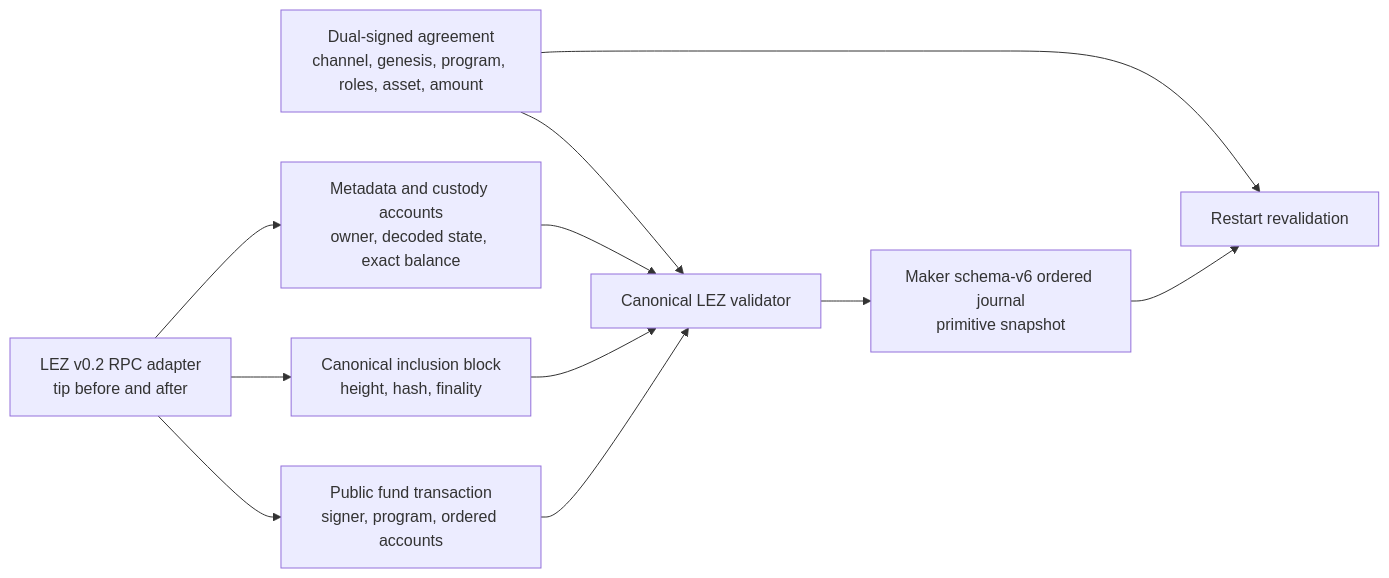
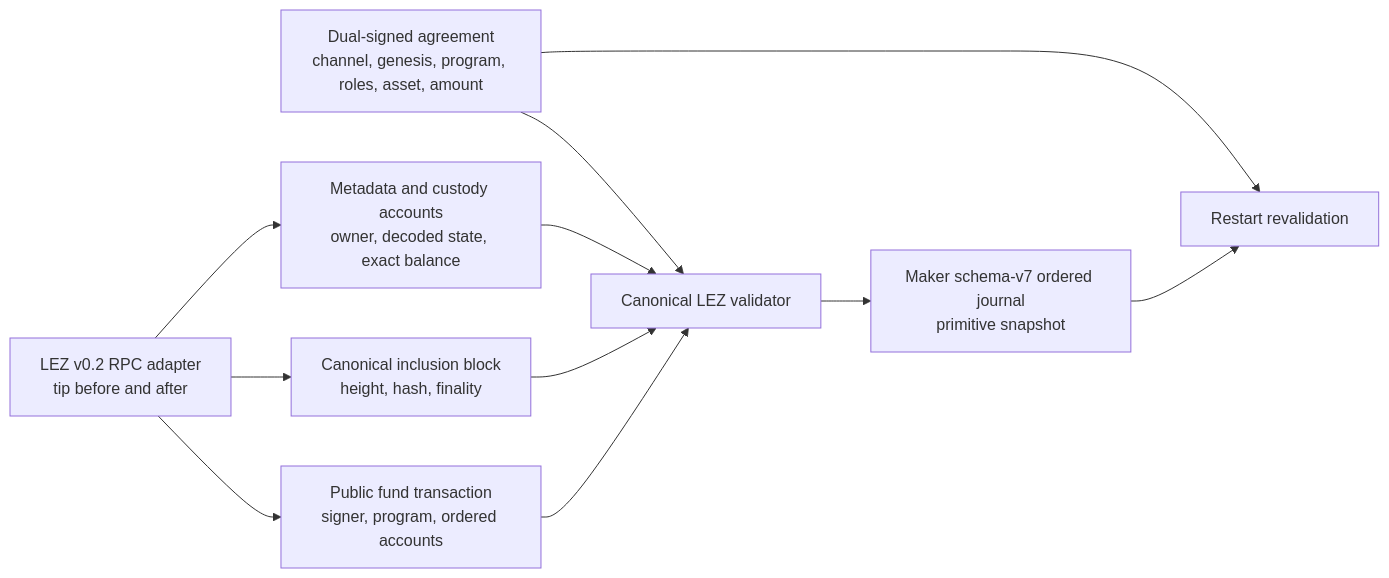
One commit to gateway-fm/lez-atomic-swaps changed the diagram in docs/architecture/0019-canonical-lez-observation.md. Above: the diagram before and after it, drawn with Mermaid. The commit also changed other lines of this file and 24 other files, not shown here.

```diff
--- a/docs/architecture/0019-canonical-lez-observation.md
+++ b/docs/architecture/0019-canonical-lez-observation.md
@@ -6,22 +6,22 @@
 ~~~mermaid
 flowchart LR
     Agreement["Dual-signed agreement<br/>channel, genesis, program, roles, asset, amount"]
     RPC["LEZ v0.2 RPC adapter<br/>tip before and after"]
     Tx["Public fund transaction<br/>signer, program, ordered accounts"]
     Block["Canonical inclusion block<br/>height, hash, finality"]
     Accounts["Metadata and custody accounts<br/>owner, decoded state, exact balance"]
     Validator["Canonical LEZ validator"]
-    Journal["Maker schema-v6 ordered journal<br/>primitive snapshot"]
+    Journal["Maker schema-v7 ordered journal<br/>primitive snapshot"]
     Replay["Restart revalidation"]
 
     Agreement --> Validator
     RPC --> Tx
     RPC --> Block
     RPC --> Accounts
     Tx --> Validator
     Block --> Validator
     Accounts --> Validator
     Validator --> Journal
     Journal --> Replay
     Agreement --> Replay
 ~~~
```
